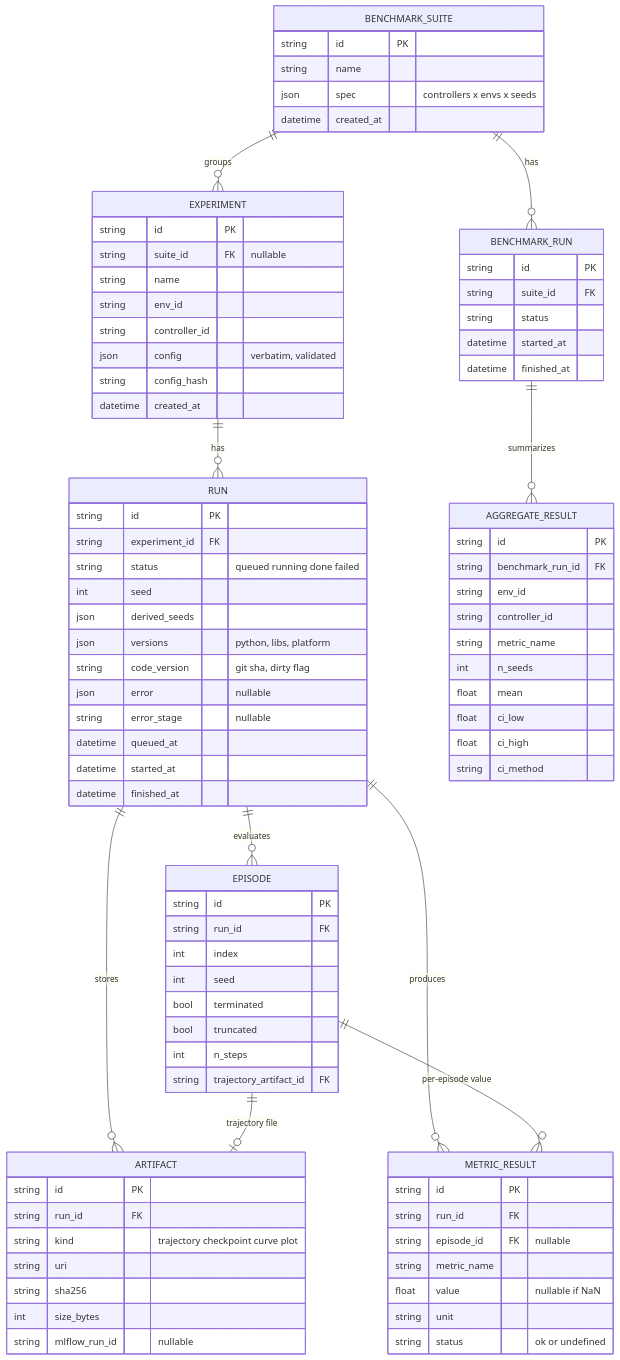
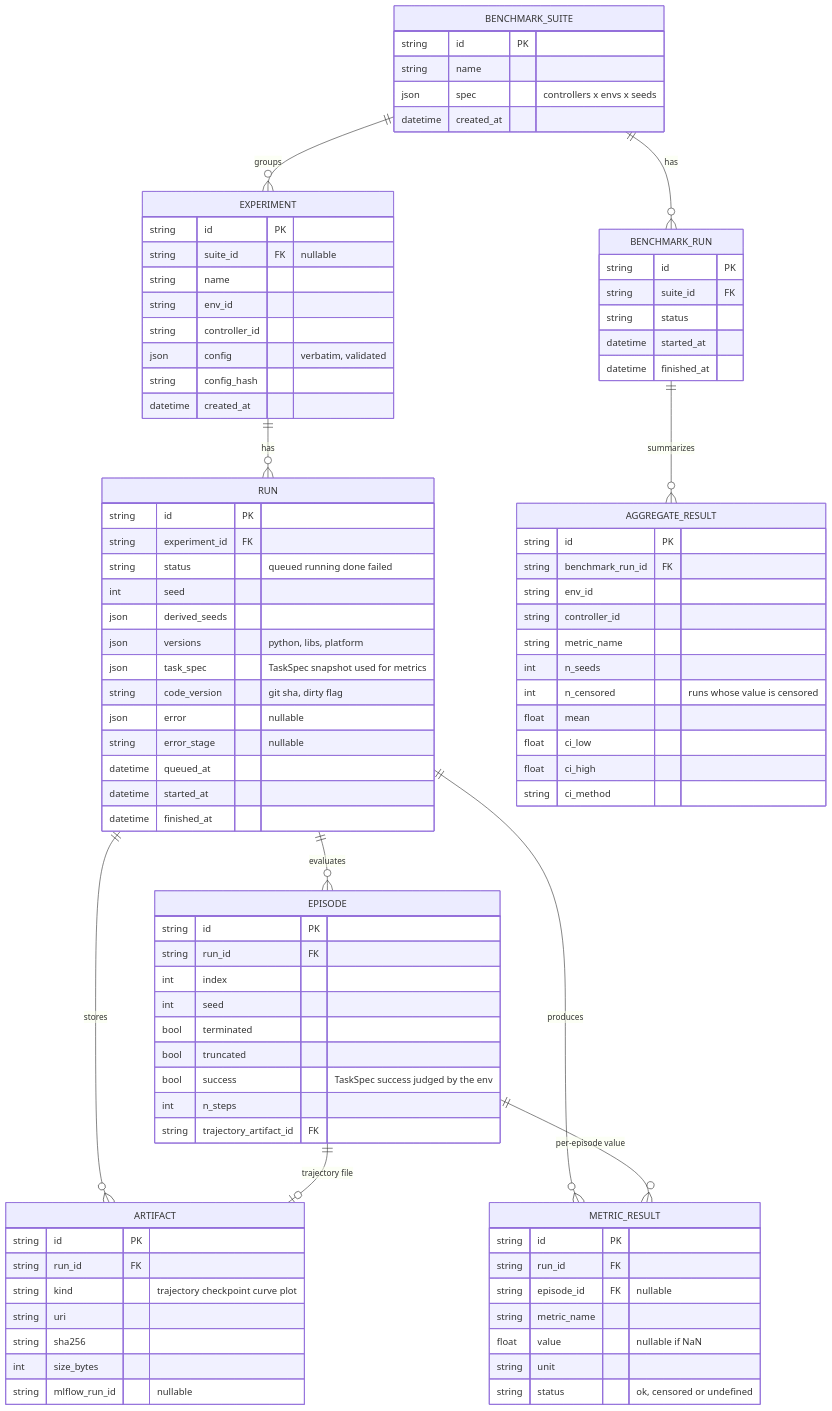
One commit to AnishKharat/RL-simulation-platform changed the diagram in docs/architecture/data-model.md. Above: the diagram before and after it, drawn with Mermaid. The commit also changed other lines of this file and 3 other files, not shown here.

```diff
--- a/docs/architecture/data-model.md
+++ b/docs/architecture/data-model.md
@@ -46,6 +46,7 @@
         int    seed
         json   derived_seeds
         json   versions "python, libs, platform"
+        json   task_spec "TaskSpec snapshot used for metrics"
         string code_version "git sha, dirty flag"
         json   error "nullable"
         string error_stage "nullable"
@@ -60,6 +61,7 @@
         int    seed
         bool   terminated
         bool   truncated
+        bool   success "TaskSpec success judged by the env"
         int    n_steps
         string trajectory_artifact_id FK
     }
@@ -70,7 +72,7 @@
         string metric_name
         float  value "nullable if NaN"
         string unit
-        string status "ok or undefined"
+        string status "ok, censored or undefined"
     }
     AGGREGATE_RESULT {
         string id PK
@@ -79,6 +81,7 @@
         string controller_id
         string metric_name
         int    n_seeds
+        int    n_censored "runs whose value is censored"
         float  mean
         float  ci_low
         float  ci_high
```
